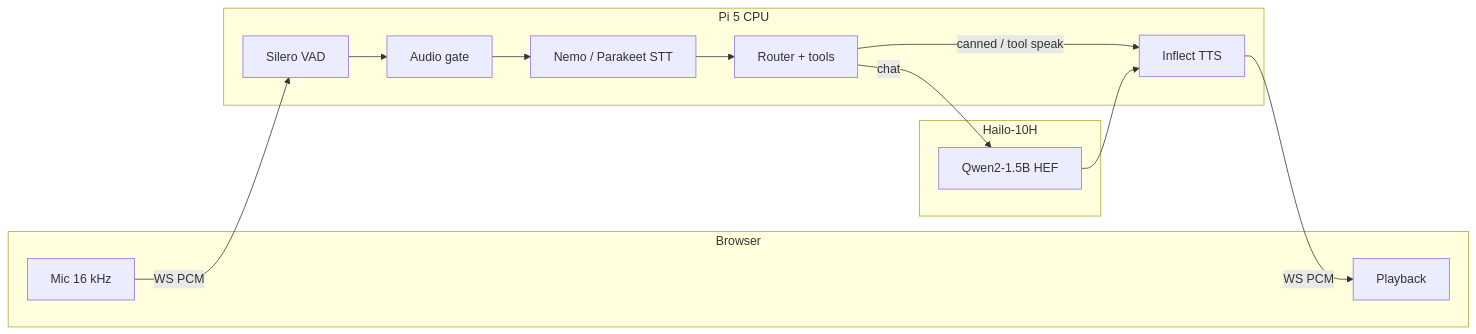
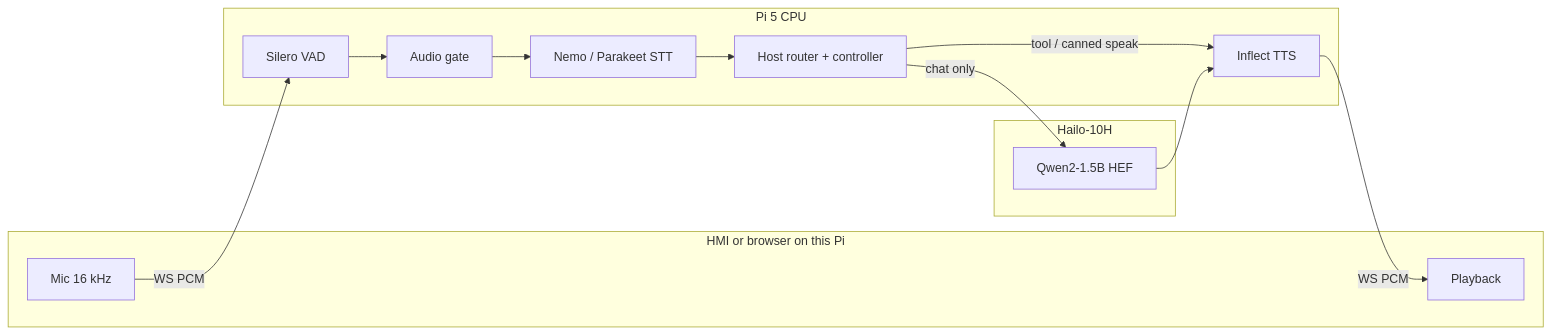
The diagram in edge/nova-hailo/README.md (Senthi1Kumar/nova-s2s), drawn with Mermaid before and after one commit. The commit also changed other lines of this file and 51 other files, not shown here.

First line of the commit message:
Share Nova-Hailo PoC v002: host harness, Exa speak, Qt HMI.

````diff
--- a/edge/nova-hailo/README.md
+++ b/edge/nova-hailo/README.md
@@ -5,21 +6,21 @@
 ```mermaid
 flowchart LR
-  subgraph BROWSER["Browser"]
+  subgraph CLIENT["HMI or browser on this Pi"]
     MIC["Mic 16 kHz"]
     SPK["Playback"]
   end
   subgraph CPU["Pi 5 CPU"]
     VAD["Silero VAD"]
     GATE["Audio gate"]
     ASR["Nemo / Parakeet STT"]
-    ROUTER["Router + tools"]
+    HOST["Host router + controller"]
     TTS["Inflect TTS"]
   end
   subgraph NPU["Hailo-10H"]
     LLM["Qwen2-1.5B HEF"]
   end
-  MIC -->|WS PCM| VAD --> GATE --> ASR --> ROUTER
-  ROUTER -->|canned / tool speak| TTS
-  ROUTER -->|chat| LLM --> TTS
+  MIC -->|WS PCM| VAD --> GATE --> ASR --> HOST
+  HOST -->|tool / canned speak| TTS
+  HOST -->|chat only| LLM --> TTS
   TTS -->|WS PCM| SPK
 ```
````
